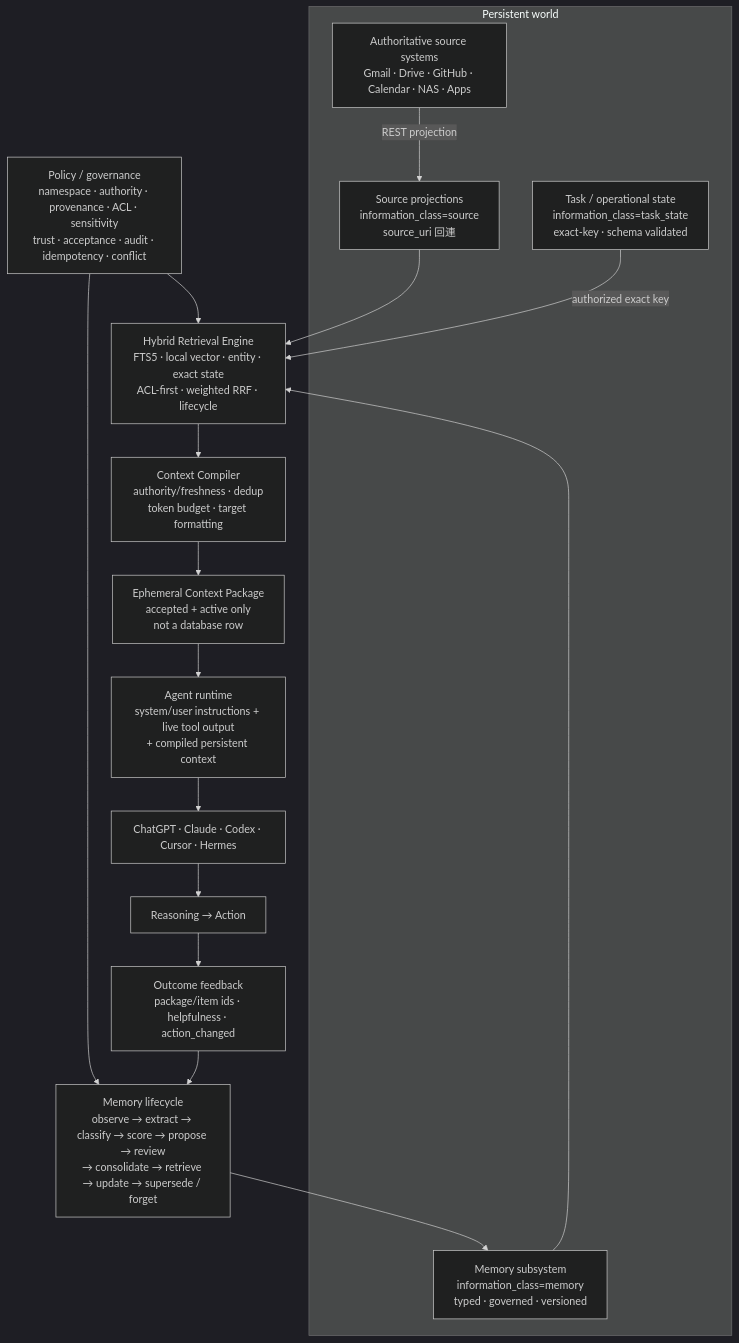
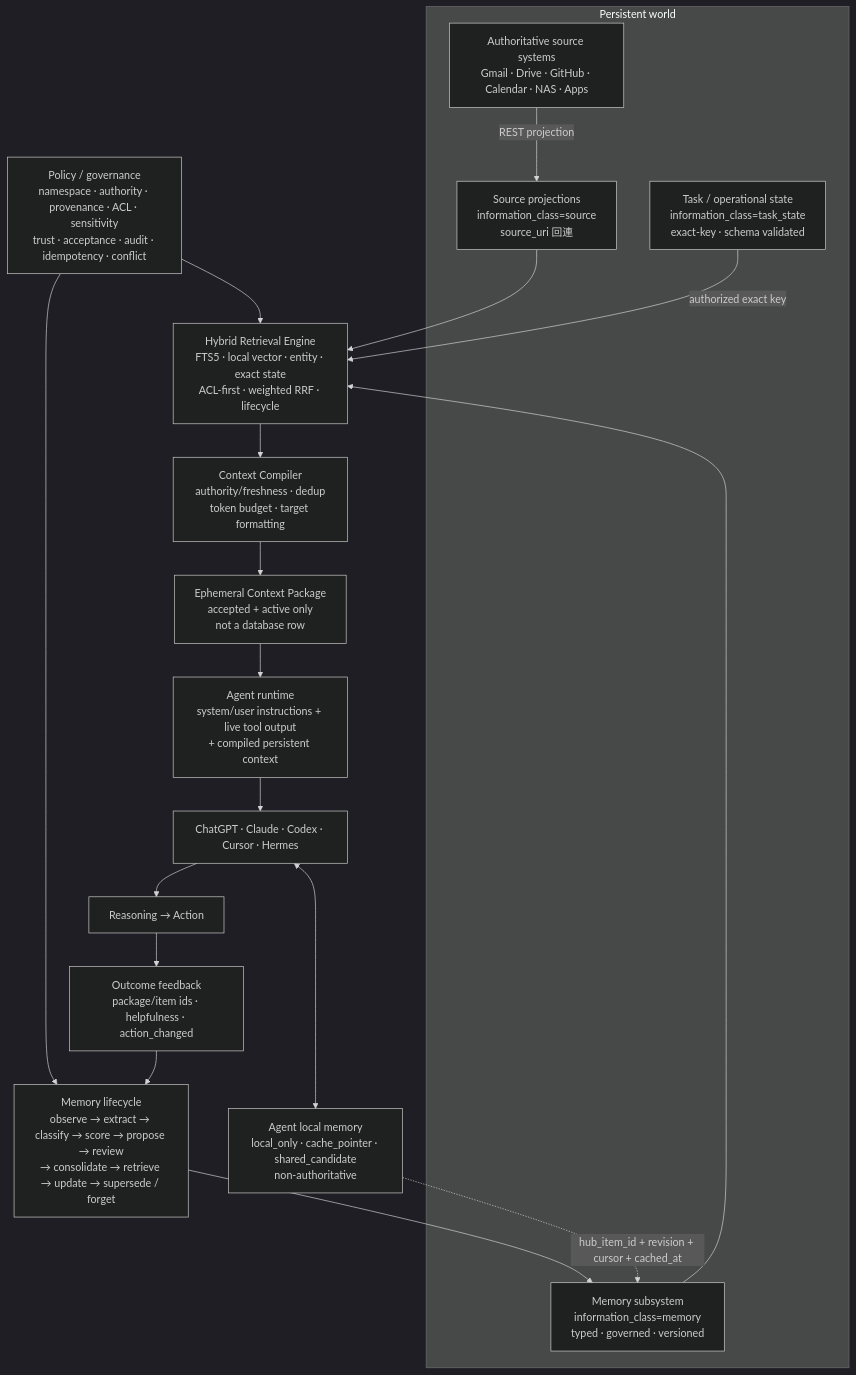
The diagram in docs/DESIGN.md (cuweiwei/ContextHub), drawn with Mermaid (dark theme) before and after one commit. The commit also changed other lines of this file and 25 other files, not shown here.

First line of the commit message:
feat: federate agent memory with conflict-safe claims

````diff
--- a/docs/DESIGN.md
+++ b/docs/DESIGN.md
@@ -37,27 +38,30 @@
 ```mermaid
 flowchart TB
   subgraph Persistent["Persistent world"]
     Systems["Authoritative source systems<br/>Gmail · Drive · GitHub · Calendar · NAS · Apps"]
     Sources["Source projections<br/>information_class=source<br/>source_uri 回連"]
     Memory["Memory subsystem<br/>information_class=memory<br/>typed · governed · versioned"]
     State["Task / operational state<br/>information_class=task_state<br/>exact-key · schema validated"]
     Systems -->|"REST projection"| Sources
   end
 
   Governance["Policy / governance<br/>namespace · authority · provenance · ACL · sensitivity<br/>trust · acceptance · audit · idempotency · conflict"]
   Retrieval["Hybrid Retrieval Engine<br/>FTS5 · local vector · entity · exact state<br/>ACL-first · weighted RRF · lifecycle"]
   Compiler["Context Compiler<br/>authority/freshness · dedup<br/>token budget · target formatting"]
   Package["Ephemeral Context Package<br/>accepted + active only<br/>not a database row"]
   Runtime["Agent runtime<br/>system/user instructions + live tool output<br/>+ compiled persistent context"]
   Agents["ChatGPT · Claude · Codex · Cursor · Hermes"]
+  Local["Agent local memory<br/>local_only · cache_pointer · shared_candidate<br/>non-authoritative"]
   Action["Reasoning → Action"]
   Outcome["Outcome feedback<br/>package/item ids · helpfulness · action_changed"]
   Formation["Memory lifecycle<br/>observe → extract → classify → score → propose → review<br/>→ consolidate → retrieve → update → supersede / forget"]
 
   Sources --> Retrieval
   Memory --> Retrieval
   State -->|"authorized exact key"| Retrieval
   Governance --> Retrieval --> Compiler
   Governance --> Formation
   Compiler --> Package --> Runtime --> Agents --> Action --> Outcome --> Formation --> Memory
+  Agents <--> Local
+  Local -.->|"hub_item_id + revision + cursor + cached_at"| Memory
 ```
````
